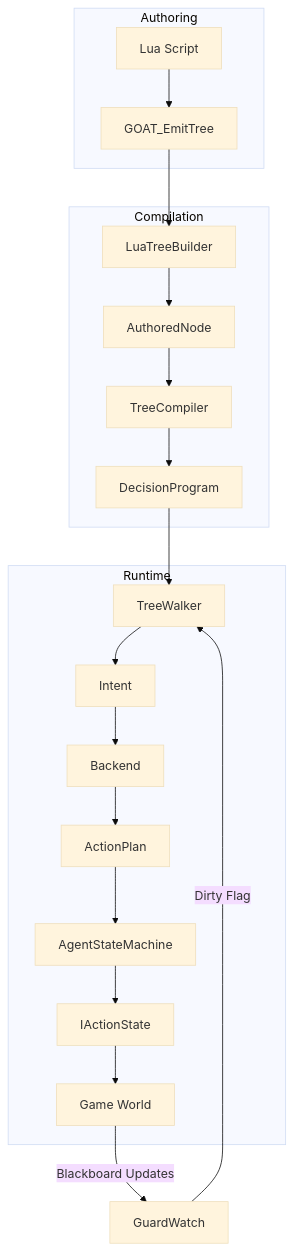
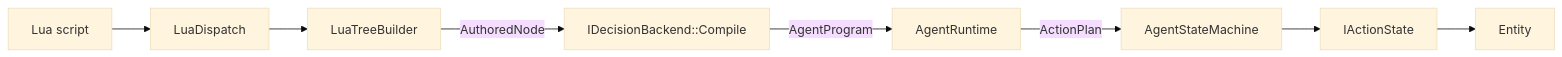
The first of 2 diagrams in Docs/01 - Architecture/Data Flow.md (jabbadablack/G.O.A.T), drawn with Mermaid (base theme) before and after one commit. The commit also changed other lines of this file and 1 other file, not shown here.

Commit message:
Rewrite the pipeline and the backend guide

````diff
--- a/Docs/01 - Architecture/Data Flow.md
+++ b/Docs/01 - Architecture/Data Flow.md
@@ -34,26 +18,10 @@
 ```mermaid
-graph TD
-    subgraph Authoring[Authoring]
-        A[Lua Script] --> B[GOAT_EmitTree]
-    end
-
-    subgraph Build[Compilation]
-        B --> C[LuaTreeBuilder]
-        C --> D[AuthoredNode]
-        D --> E[TreeCompiler]
-        E --> F[DecisionProgram]
-    end
-
-    subgraph Runtime[Runtime]
-        F --> G[TreeWalker]
-        G --> H[Intent]
-        H --> I[Backend]
-        I --> J[ActionPlan]
-        J --> K[AgentStateMachine]
-        K --> L[IActionState]
-        L --> M[Game World]
-    end
-
-    M -->|Blackboard Updates| N[GuardWatch]
-    N -->|Dirty Flag| G
+graph LR
+    A[Lua script] --> B[LuaDispatch]
+    B --> C[LuaTreeBuilder]
+    C -->|AuthoredNode| D[IDecisionBackend::Compile]
+    D -->|AgentProgram| E[AgentRuntime]
+    E -->|ActionPlan| F[AgentStateMachine]
+    F --> G[IActionState]
+    G --> H[Entity]
 ```
````
